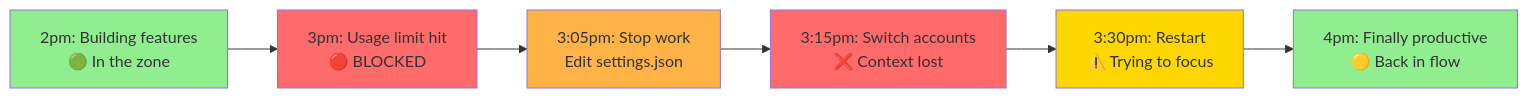
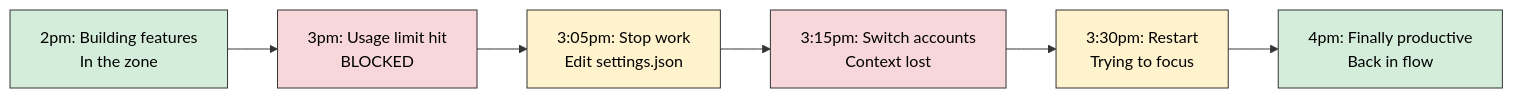
Before and after one commit to kaitranntt/ccs: the first of 2 diagrams in README.md, drawn with Mermaid. The commit also changed other lines of this file, not shown here.

First line of the commit message:
docs: simplify mermaid diagram colors for better readability

````diff
--- a/README.md
+++ b/README.md
@@ -179,15 +179,15 @@
 ```mermaid
 graph LR
-    A[2pm: Building features<br/>🟢 In the zone] --> B[3pm: Usage limit hit<br/>🔴 BLOCKED]
+    A[2pm: Building features<br/>In the zone] --> B[3pm: Usage limit hit<br/>BLOCKED]
     B --> C[3:05pm: Stop work<br/>Edit settings.json]
-    C --> D[3:15pm: Switch accounts<br/>❌ Context lost]
-    D --> E[3:30pm: Restart<br/>⚠️ Trying to focus]
-    E --> F[4pm: Finally productive<br/>🟡 Back in flow]
+    C --> D[3:15pm: Switch accounts<br/>Context lost]
+    D --> E[3:30pm: Restart<br/>Trying to focus]
+    E --> F[4pm: Finally productive<br/>Back in flow]
 
-    style A fill:#90EE90
-    style B fill:#FF6B6B
-    style C fill:#FFB347
-    style D fill:#FF6B6B
-    style E fill:#FFD700
-    style F fill:#90EE90
+    style A fill:#d4edda,stroke:#333,color:#000
+    style B fill:#f8d7da,stroke:#333,color:#000
+    style C fill:#fff3cd,stroke:#333,color:#000
+    style D fill:#f8d7da,stroke:#333,color:#000
+    style E fill:#fff3cd,stroke:#333,color:#000
+    style F fill:#d4edda,stroke:#333,color:#000
 ```
````
